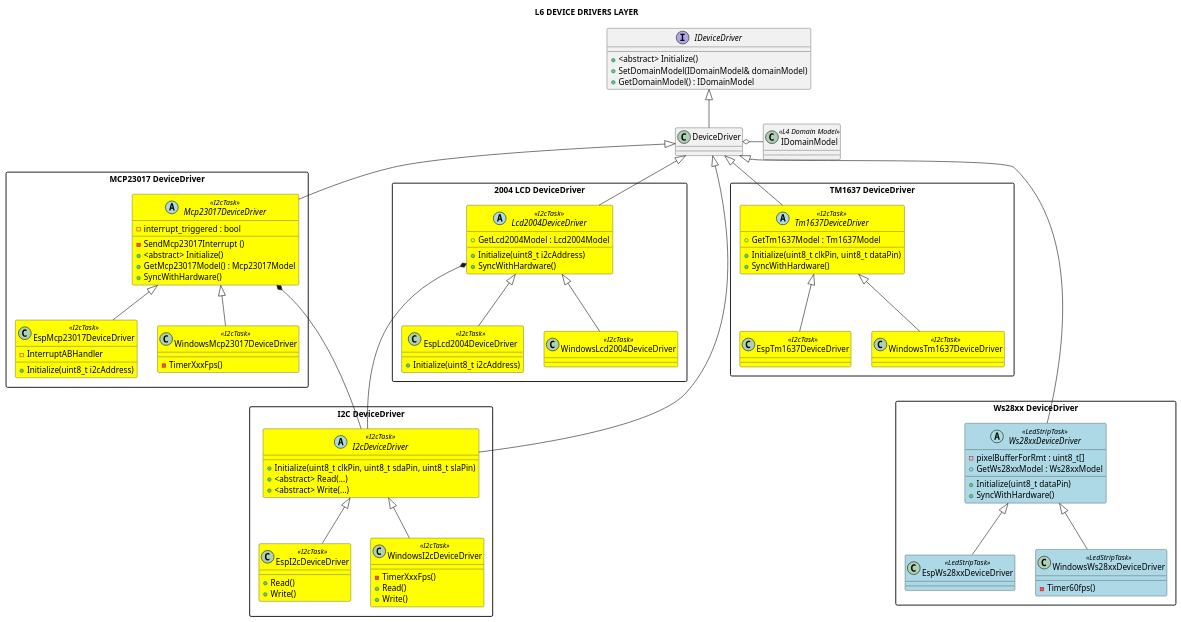
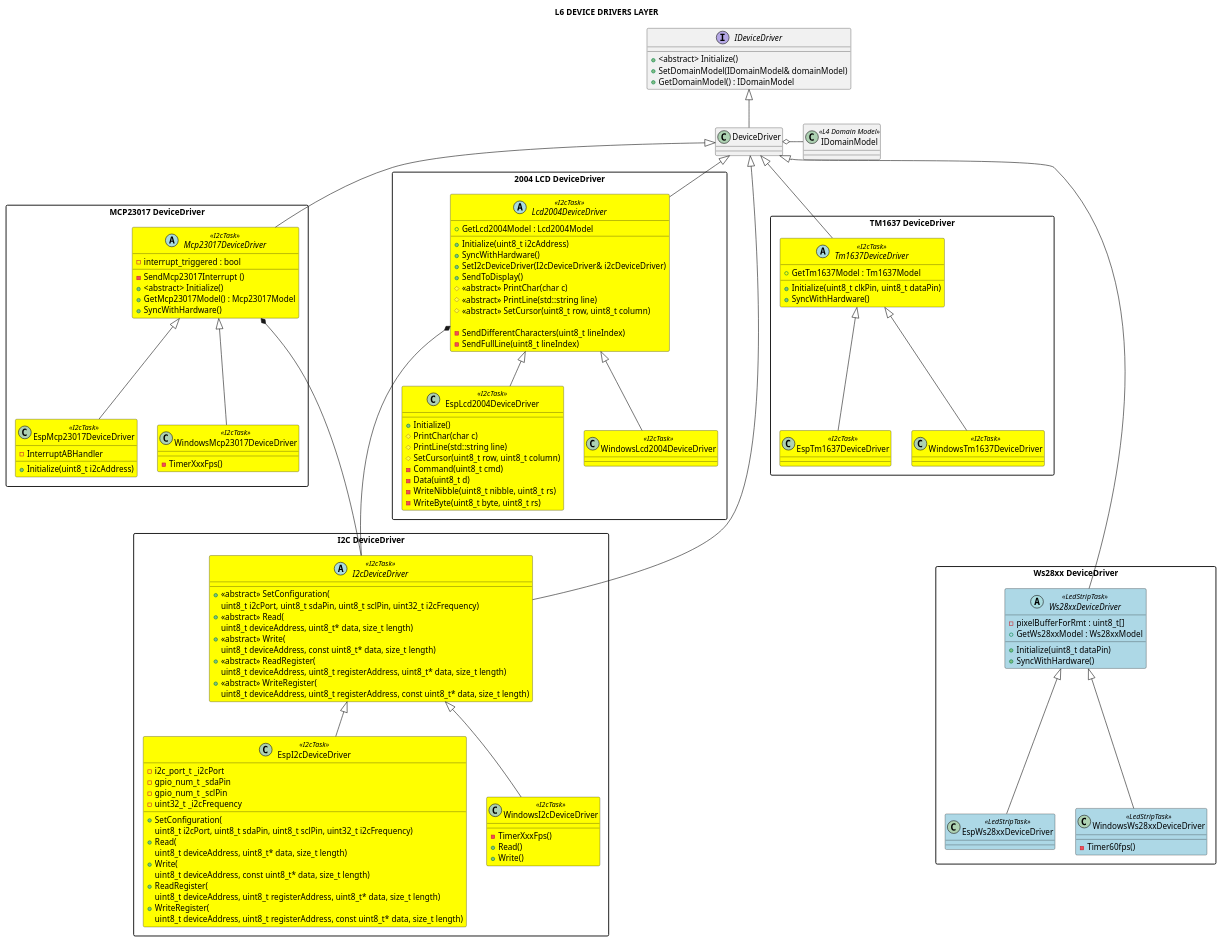
One commit to michelkeijzers/fraxis changed the diagram in Docs/Software Design/Layers/L6_device_drivers_layer.puml. Above: the diagram before and after it, drawn with PlantUML. The commit also changed 43 other files, not shown here.

```diff
--- a/Docs/Software Design/Layers/L6_device_drivers_layer.puml
+++ b/Docs/Software Design/Layers/L6_device_drivers_layer.puml
@@ -1,152 +1,189 @@
 @startuml
 
 title L6 DEVICE DRIVERS LAYER
 
 skinparam packageStyle rectangle
 skinparam lineThickness 2
 
 class IDomainModel <<L4 Domain Model>> {}
 
 interface IDeviceDriver
 {
     + <abstract> Initialize() 
     + SetDomainModel(IDomainModel& domainModel)
     + GetDomainModel() : IDomainModel
 }
 
 class DeviceDriver
 {
 }
 
 DeviceDriver o- IDomainModel
 DeviceDriver -u-|> IDeviceDriver
 
 package "Ws28xx DeviceDriver"
 {
     abstract class Ws28xxDeviceDriver <<LedStripTask>> #lightblue
     {
         - pixelBufferForRmt : uint8_t[]
         + Initialize(uint8_t dataPin)
         + GetWs28xxModel : Ws28xxModel
         + SyncWithHardware()
     }
 
     Ws28xxDeviceDriver -u---|> DeviceDriver
 
     class EspWs28xxDeviceDriver <<LedStripTask>> #lightblue
 
     class WindowsWs28xxDeviceDriver <<LedStripTask>> #lightblue
     {
         -Timer60fps()
     }
 
     Ws28xxDeviceDriver <|-- EspWs28xxDeviceDriver
     Ws28xxDeviceDriver <|-- WindowsWs28xxDeviceDriver
 }
 
 package "I2C DeviceDriver"
 {
     abstract class I2cDeviceDriver <<I2cTask>> #yellow
     {
-        + Initialize(uint8_t clkPin, uint8_t sdaPin, uint8_t slaPin)
-        + <abstract> Read(...) 
-        + <abstract> Write(...)
+        + <<abstract>> SetConfiguration(
+            uint8_t i2cPort, uint8_t sdaPin, uint8_t sclPin, uint32_t i2cFrequency)
+        + <<abstract>> Read(
+            uint8_t deviceAddress, uint8_t* data, size_t length) 
+        + <<abstract>> Write(
+            uint8_t deviceAddress, const uint8_t* data, size_t length)
+        + <<abstract>> ReadRegister(
+            uint8_t deviceAddress, uint8_t registerAddress, uint8_t* data, size_t length)
+        + <<abstract>> WriteRegister(
+            uint8_t deviceAddress, uint8_t registerAddress, const uint8_t* data, size_t length)
     }
 
     I2cDeviceDriver -u-|> DeviceDriver
 
     class EspI2cDeviceDriver <<I2cTask>> #yellow
     {
-        + Read()
-        + Write()
+        - i2c_port_t _i2cPort
+        - gpio_num_t _sdaPin
+        - gpio_num_t _sclPin
+        - uint32_t _i2cFrequency
+        + SetConfiguration(
+            uint8_t i2cPort, uint8_t sdaPin, uint8_t sclPin, uint32_t i2cFrequency)
+        + Read(
+            uint8_t deviceAddress, uint8_t* data, size_t length) 
+        + Write(
+            uint8_t deviceAddress, const uint8_t* data, size_t length)
+        + ReadRegister(
+            uint8_t deviceAddress, uint8_t registerAddress, uint8_t* data, size_t length)
+        + WriteRegister(
+            uint8_t deviceAddress, uint8_t registerAddress, const uint8_t* data, size_t length)
+
     }
 
     class WindowsI2cDeviceDriver  <<I2cTask>> #yellow
     {
         - TimerXxxFps()
         + Read()
         + Write()
     }
 
     I2cDeviceDriver <|-- EspI2cDeviceDriver
     I2cDeviceDriver <|-- WindowsI2cDeviceDriver 
 }
 
 package "MCP23017 DeviceDriver"
 {
     abstract class Mcp23017DeviceDriver <<I2cTask>> #yellow
     {
         - interrupt_triggered : bool
         - SendMcp23017Interrupt ()
         + <abstract> Initialize()
         + GetMcp23017Model() : Mcp23017Model
         + SyncWithHardware()
     }
 
     Mcp23017DeviceDriver -u-|> DeviceDriver
 
     class EspMcp23017DeviceDriver <<I2cTask>> #yellow
     {
         - InterruptABHandler
         + Initialize(uint8_t i2cAddress)
     }
 
     class WindowsMcp23017DeviceDriver <<I2cTask>> #yellow
     {
         - TimerXxxFps()
     }
 
     Mcp23017DeviceDriver <|-- EspMcp23017DeviceDriver
     Mcp23017DeviceDriver <|-- WindowsMcp23017DeviceDriver
     Mcp23017DeviceDriver *--- I2cDeviceDriver
 }
 
 package "2004 LCD DeviceDriver"
 {
     abstract class Lcd2004DeviceDriver <<I2cTask>> #yellow
     {
         + Initialize(uint8_t i2cAddress)
         + GetLcd2004Model : Lcd2004Model
         + SyncWithHardware()
+
+
+        + SetI2cDeviceDriver(I2cDeviceDriver& i2cDeviceDriver)
+        + SendToDisplay()
+        # <<abstract>> PrintChar(char c) 
+        # <<abstract>> PrintLine(std::string line)
+        # <<abstract>> SetCursor(uint8_t row, uint8_t column)
+
+        - SendDifferentCharacters(uint8_t lineIndex)
+        - SendFullLine(uint8_t lineIndex)
     }
 
     Lcd2004DeviceDriver -u-|> DeviceDriver
 
     class EspLcd2004DeviceDriver  <<I2cTask>> #yellow
     {
-        + Initialize(uint8_t i2cAddress)
+        + Initialize() 
+        # PrintChar(char c)
+        # PrintLine(std::string line)
+        # SetCursor(uint8_t row, uint8_t column)
+        - Command(uint8_t cmd)
+	    - Data(uint8_t d)
+    	- WriteNibble(uint8_t nibble, uint8_t rs)
+	    - WriteByte(uint8_t byte, uint8_t rs)
     }
 
     class WindowsLcd2004DeviceDriver  <<I2cTask>> #yellow
     {
     }
 
     Lcd2004DeviceDriver <|-- EspLcd2004DeviceDriver
     Lcd2004DeviceDriver <|-- WindowsLcd2004DeviceDriver
     Lcd2004DeviceDriver  *--- I2cDeviceDriver
 }
 
 package "TM1637 DeviceDriver"
 {
     abstract class Tm1637DeviceDriver <<I2cTask>> #yellow
     {
         + Initialize(uint8_t clkPin, uint8_t dataPin)
         + GetTm1637Model : Tm1637Model
         + SyncWithHardware()
     }
 
     Tm1637DeviceDriver -u-|> DeviceDriver
 
     class EspTm1637DeviceDriver  <<I2cTask>> #yellow
     {
     }
 
     class WindowsTm1637DeviceDriver  <<I2cTask>> #yellow
     {
     }
 
     Tm1637DeviceDriver <|-- EspTm1637DeviceDriver
     Tm1637DeviceDriver <|-- WindowsTm1637DeviceDriver
 }
 
 @enduml
```
